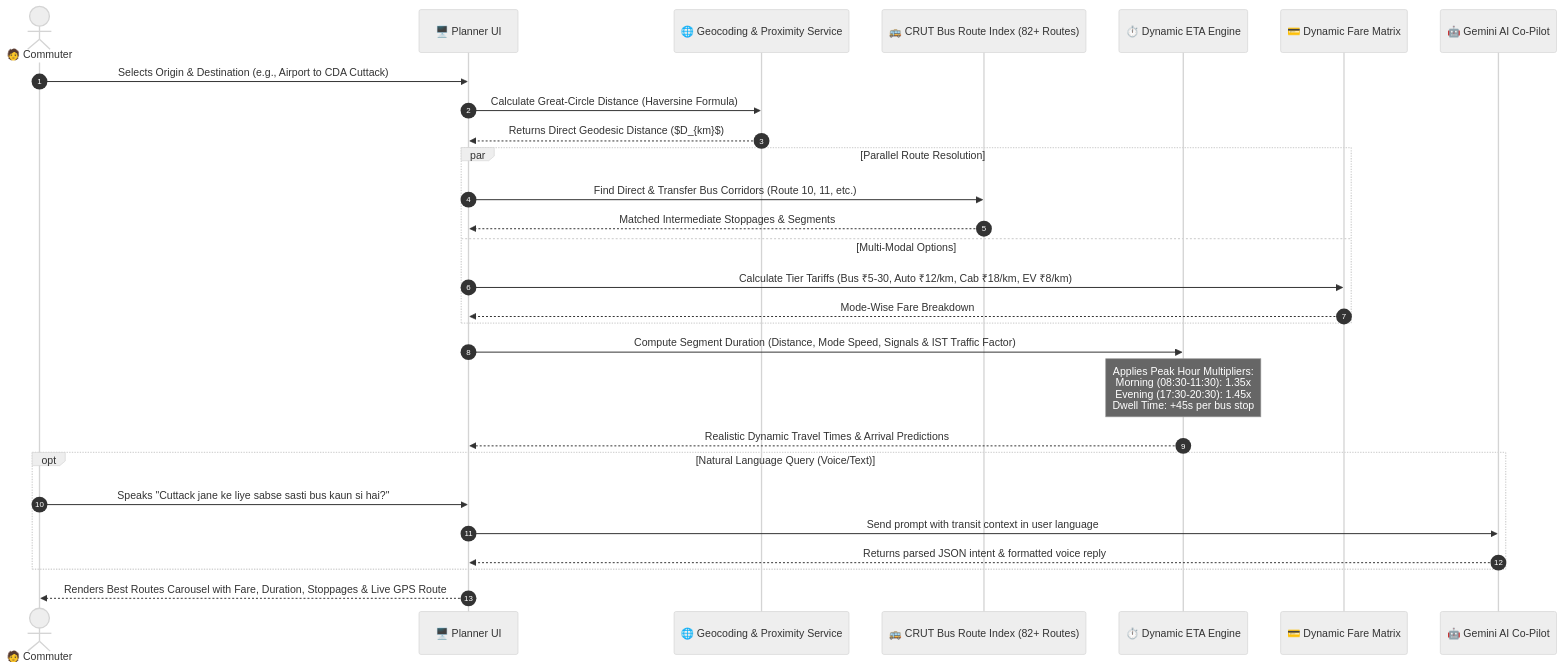
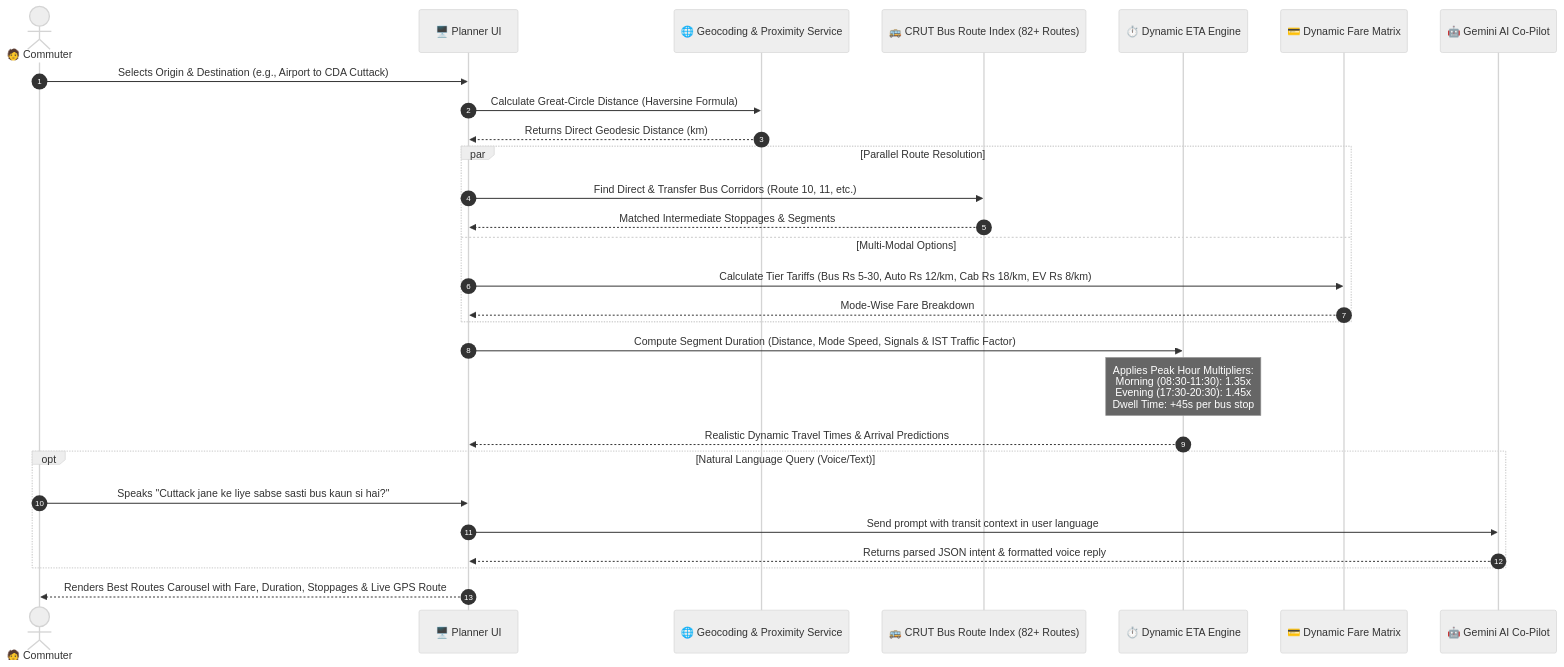
One commit to avijiitt/msfr-app-for-hackathon changed the second of 6 diagrams in WORKFLOW.md. Above: the diagram before and after it, drawn with Mermaid (neutral theme). The commit also changed other lines of this file and 1 other file, not shown here.

````diff
--- a/WORKFLOW.md
+++ b/WORKFLOW.md
@@ -82,35 +82,35 @@
 ```mermaid
 sequenceDiagram
     autonumber
     actor Commuter as 🧑 Commuter
     participant UI as 🖥️ Planner UI
     participant Geo as 🌐 Geocoding & Proximity Service
     participant Routes as 🚌 CRUT Bus Route Index (82+ Routes)
     participant ETA as ⏱️ Dynamic ETA Engine
     participant Fare as 💳 Dynamic Fare Matrix
     participant AI as 🤖 Gemini AI Co-Pilot
 
     Commuter->>UI: Selects Origin & Destination (e.g., Airport to CDA Cuttack)
     UI->>Geo: Calculate Great-Circle Distance (Haversine Formula)
-    Geo-->>UI: Returns Direct Geodesic Distance ($D_{km}$)
+    Geo-->>UI: Returns Direct Geodesic Distance (km)
 
     par Parallel Route Resolution
         UI->>Routes: Find Direct & Transfer Bus Corridors (Route 10, 11, etc.)
         Routes-->>UI: Matched Intermediate Stoppages & Segments
     and Multi-Modal Options
-        UI->>Fare: Calculate Tier Tariffs (Bus ₹5-30, Auto ₹12/km, Cab ₹18/km, EV ₹8/km)
+        UI->>Fare: Calculate Tier Tariffs (Bus Rs 5-30, Auto Rs 12/km, Cab Rs 18/km, EV Rs 8/km)
         Fare-->>UI: Mode-Wise Fare Breakdown
     end
 
     UI->>ETA: Compute Segment Duration (Distance, Mode Speed, Signals & IST Traffic Factor)
     Note over ETA: Applies Peak Hour Multipliers:<br/>Morning (08:30-11:30): 1.35x<br/>Evening (17:30-20:30): 1.45x<br/>Dwell Time: +45s per bus stop
     ETA-->>UI: Realistic Dynamic Travel Times & Arrival Predictions
 
     opt Natural Language Query (Voice/Text)
         Commuter->>UI: Speaks "Cuttack jane ke liye sabse sasti bus kaun si hai?"
         UI->>AI: Send prompt with transit context in user language
         AI-->>UI: Returns parsed JSON intent & formatted voice reply
     end
 
     UI-->>Commuter: Renders Best Routes Carousel with Fare, Duration, Stoppages & Live GPS Route
 ```
````
